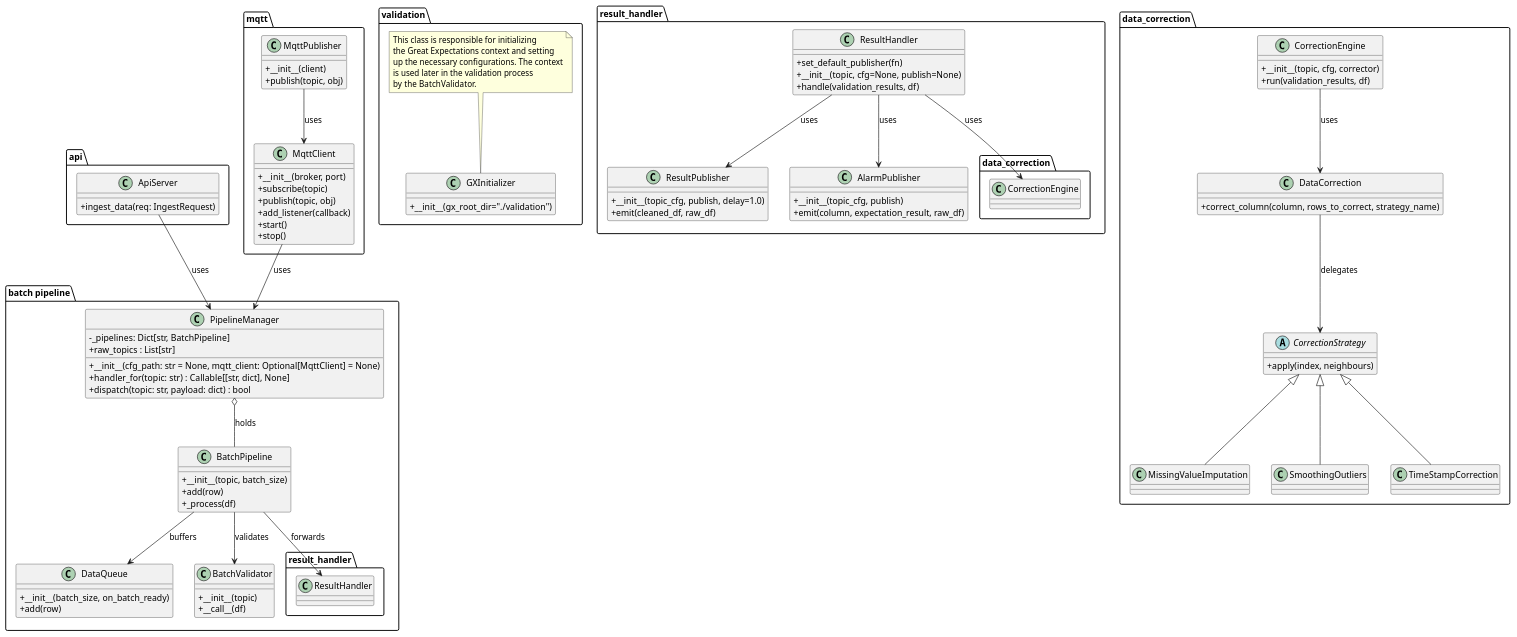
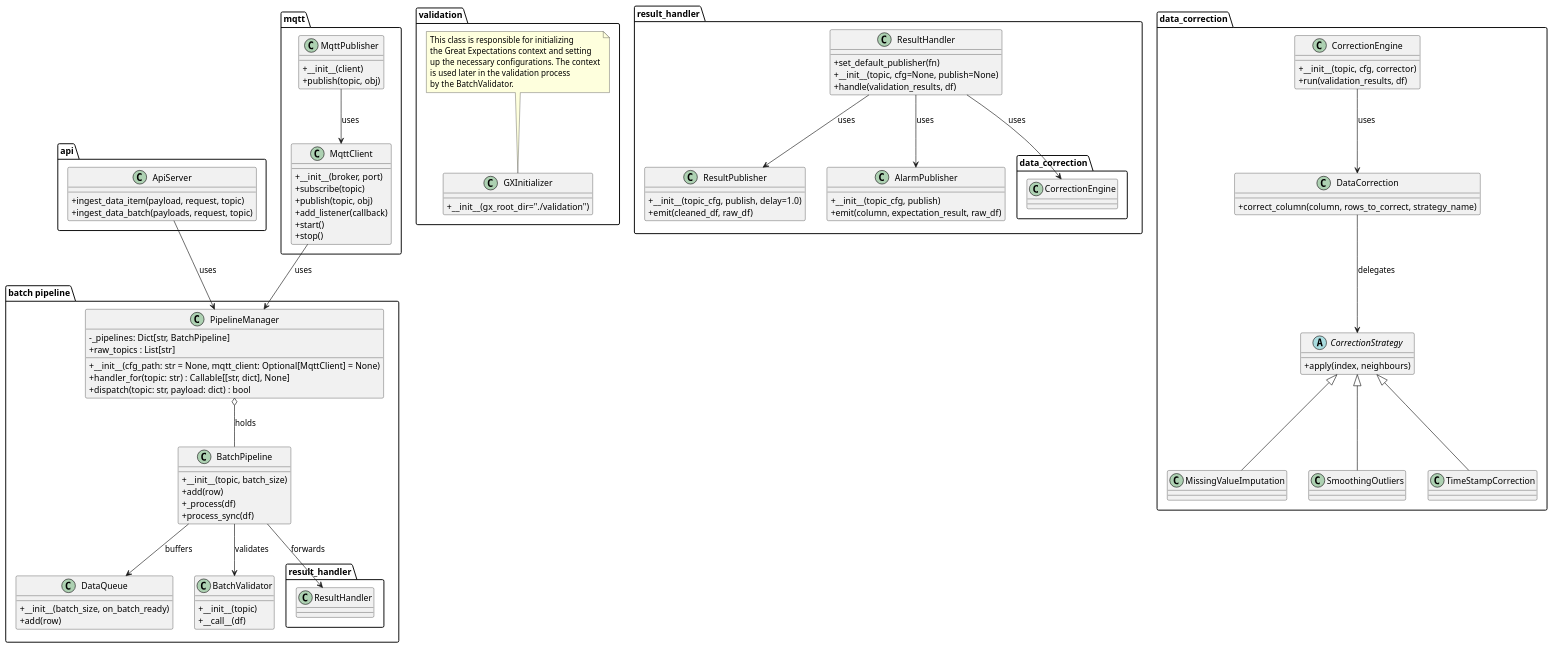
One commit to schimmj/ds2-ddt changed the diagram in class-diagram.plantuml. Above: the diagram before and after it, drawn with PlantUML. The commit also changed 7 other files, not shown here.

Commit message:
20-rest-api: 	- seperated API ingestion into sync and async 	- updated class diagram

```diff
--- a/class-diagram.plantuml
+++ b/class-diagram.plantuml
@@ -1,134 +1,136 @@
 @startuml ds2
 skinparam classAttributeIconSize 0
 
 ' ─────────────── API Ingestion ─────────────────────────────
 package "api" {
     class ApiServer {
-        + ingest_data(req: IngestRequest)
+        + ingest_data_item(payload, request, topic)
+        + ingest_data_batch(payloads, request, topic)
     }
 }
 
 
 
 ' ─────────────── MQTT / routing ───────────────────────────
 package mqtt {
     class MqttClient {
         +__init__(broker, port)
         +subscribe(topic)
         +publish(topic, obj)
         +add_listener(callback)
         +start()
         +stop()
     }
 
     class MqttPublisher {
         +__init__(client)
         +publish(topic, obj)
     }
 
 
     MqttPublisher --> MqttClient : uses
 }
 
 ' ─────────────── Batch pipeline ───────────────────────────
 package "batch pipeline" {
     class PipelineManager {
         - _pipelines: Dict[str, BatchPipeline]
         + __init__(cfg_path: str = None, mqtt_client: Optional[MqttClient] = None)
         + handler_for(topic: str) : Callable[[str, dict], None]
         + dispatch(topic: str, payload: dict) : bool
         + raw_topics : List[str]
     }
 
 
     class DataQueue {
         +__init__(batch_size, on_batch_ready)
         +add(row)
     }
 
     class BatchValidator {
         +__init__(topic)
         +__call__(df)
     }
 
     class BatchPipeline {
         +__init__(topic, batch_size)
         +add(row)
         +_process(df)
+        +process_sync(df)
     }
 
     BatchPipeline --> DataQueue        : buffers
     BatchPipeline --> BatchValidator   : validates
     BatchPipeline --> result_handler.ResultHandler : forwards
     PipelineManager o-- BatchPipeline    : holds  
 }
 
 ApiServer        --> PipelineManager : uses  
 MqttClient       --> PipelineManager : uses  
 
 ' ─────────────── Validation bootstrap ────────────────────
 package validation {
     class GXInitializer {
         +__init__(gx_root_dir="./validation")
     }
     note top of GXInitializer
         This class is responsible for initializing
         the Great Expectations context and setting
         up the necessary configurations. The context
         is used later in the validation process
         by the BatchValidator.
     end note
 }
 
 ' ─────────────── Result handling / publish ───────────────
 package result_handler {
     class ResultHandler {
         +set_default_publisher(fn)
         +__init__(topic, cfg=None, publish=None)
         +handle(validation_results, df)
     }
 
     class ResultPublisher {
         +__init__(topic_cfg, publish, delay=1.0)
         +emit(cleaned_df, raw_df)
     }
 
     class AlarmPublisher {
         + __init__(topic_cfg, publish)
         + emit(column, expectation_result, raw_df)
     }
 
     ResultHandler --> ResultPublisher      : uses
     ResultHandler --> AlarmPublisher       : uses
     ResultHandler --> data_correction.CorrectionEngine : uses
 }
 
 ' ─────────────── Data-correction engine ───────────────────
 package data_correction {
     class CorrectionEngine {
         +__init__(topic, cfg, corrector)
         +run(validation_results, df)
     }
 
     class DataCorrection {
         +correct_column(column, rows_to_correct, strategy_name)
     }
 
     abstract class CorrectionStrategy {
         +apply(index, neighbours)
     }
 
     class MissingValueImputation
     class SmoothingOutliers
 
     CorrectionStrategy <|-- MissingValueImputation
     CorrectionStrategy <|-- SmoothingOutliers
     CorrectionStrategy <|-- TimeStampCorrection
 
     CorrectionEngine --> DataCorrection : uses
     DataCorrection   --> CorrectionStrategy : delegates
 }
 
 ' ─────────────── Cross-package links ─────────────────────
 
 @enduml
```
